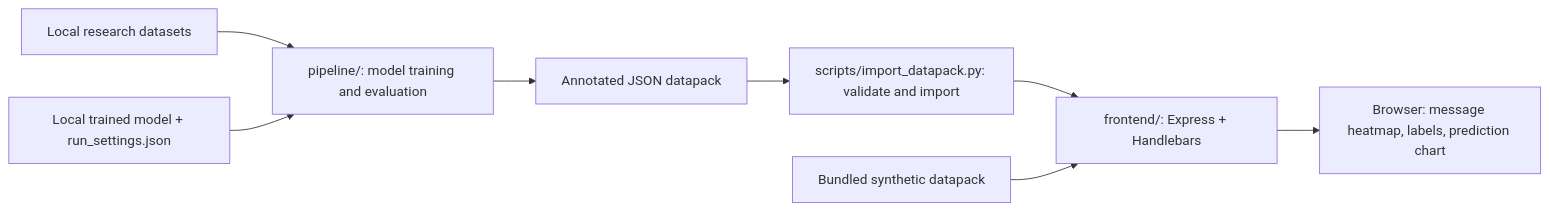
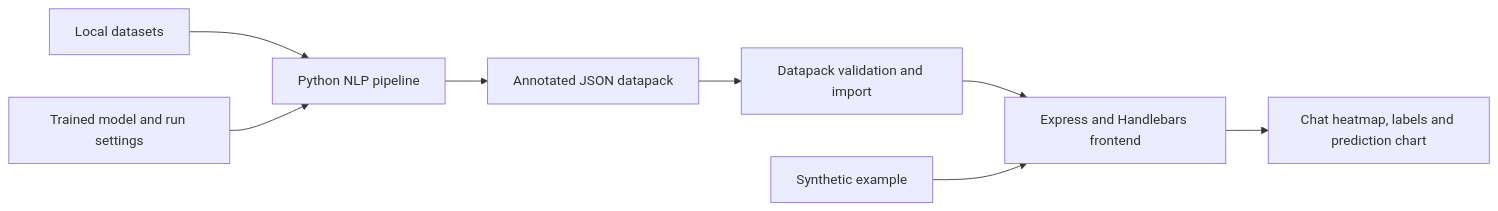
The diagram in README.md (cindytrang/pipeline), drawn with Mermaid before and after one commit. The commit also changed other lines of this file and 15 other files, not shown here.

````diff
--- a/README.md
+++ b/README.md
@@ -20,10 +30,10 @@
 ```mermaid
 flowchart LR
-    data["Local research datasets"] --> model["pipeline/: model training and evaluation"]
-    artifacts["Local trained model + run_settings.json"] --> model
-    model --> annotations["Annotated JSON datapack"]
-    annotations --> importer["scripts/import_datapack.py: validate and import"]
-    importer --> demo["frontend/: Express + Handlebars"]
-    synthetic["Bundled synthetic datapack"] --> demo
-    demo --> view["Browser: message heatmap, labels, prediction chart"]
+    datasets["Local datasets"] --> model["Python NLP pipeline"]
+    trained["Trained model and run settings"] --> model
+    model --> result["Annotated JSON datapack"]
+    result --> importer["Datapack validation and import"]
+    importer --> frontend["Express and Handlebars frontend"]
+    sample["Synthetic example"] --> frontend
+    frontend --> browser["Chat heatmap, labels and prediction chart"]
 ```
````
